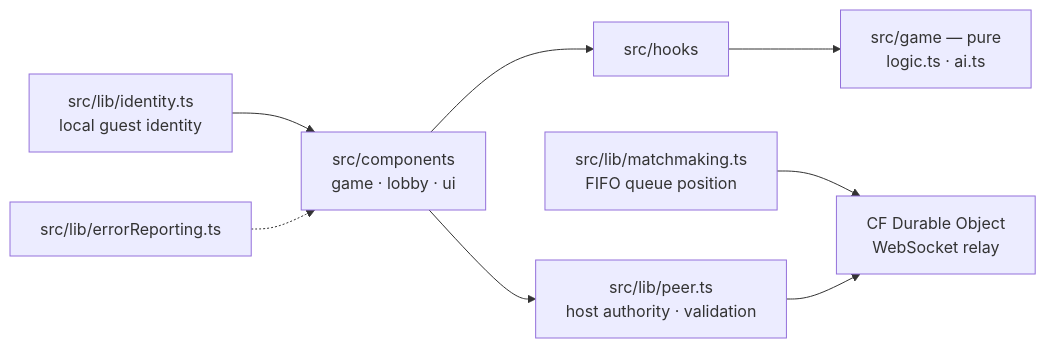
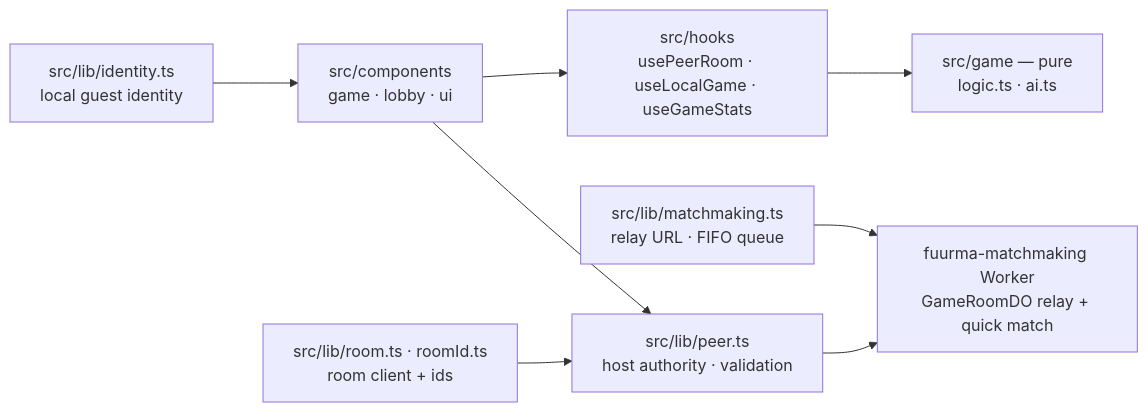
One commit to Fuuurma/tic-tac-toe changed the diagram in ARCHITECTURE.md. Above: the diagram before and after it, drawn with Mermaid. The commit also changed other lines of this file, not shown here.

Commit message:
docs: ARCHITECTURE.md — merge relay/hooks/AI detail, drop phantom errorReporting

````diff
--- a/ARCHITECTURE.md
+++ b/ARCHITECTURE.md
@@ -10,10 +11,10 @@
 ```mermaid
 flowchart LR
-  UI["src/components<br/>game · lobby · ui"] --> HOOKS["src/hooks"]
+  UI["src/components<br/>game · lobby · ui"] --> HOOKS["src/hooks<br/>usePeerRoom · useLocalGame · useGameStats"]
   HOOKS --> ENGINE["src/game — pure<br/>logic.ts · ai.ts"]
   UI --> PEER["src/lib/peer.ts<br/>host authority · validation"]
-  MM["src/lib/matchmaking.ts<br/>FIFO queue position"] --> RELAY["CF Durable Object<br/>WebSocket relay"]
+  MM["src/lib/matchmaking.ts<br/>relay URL · FIFO queue"] --> RELAY["fuurma-matchmaking Worker<br/>GameRoomDO relay + quick match"]
   PEER --> RELAY
   ID["src/lib/identity.ts<br/>local guest identity"] --> UI
-  ERR["src/lib/errorReporting.ts"] -.-> UI
+  ROOM["src/lib/room.ts · roomId.ts<br/>room client + ids"] --> PEER
 ```
````
